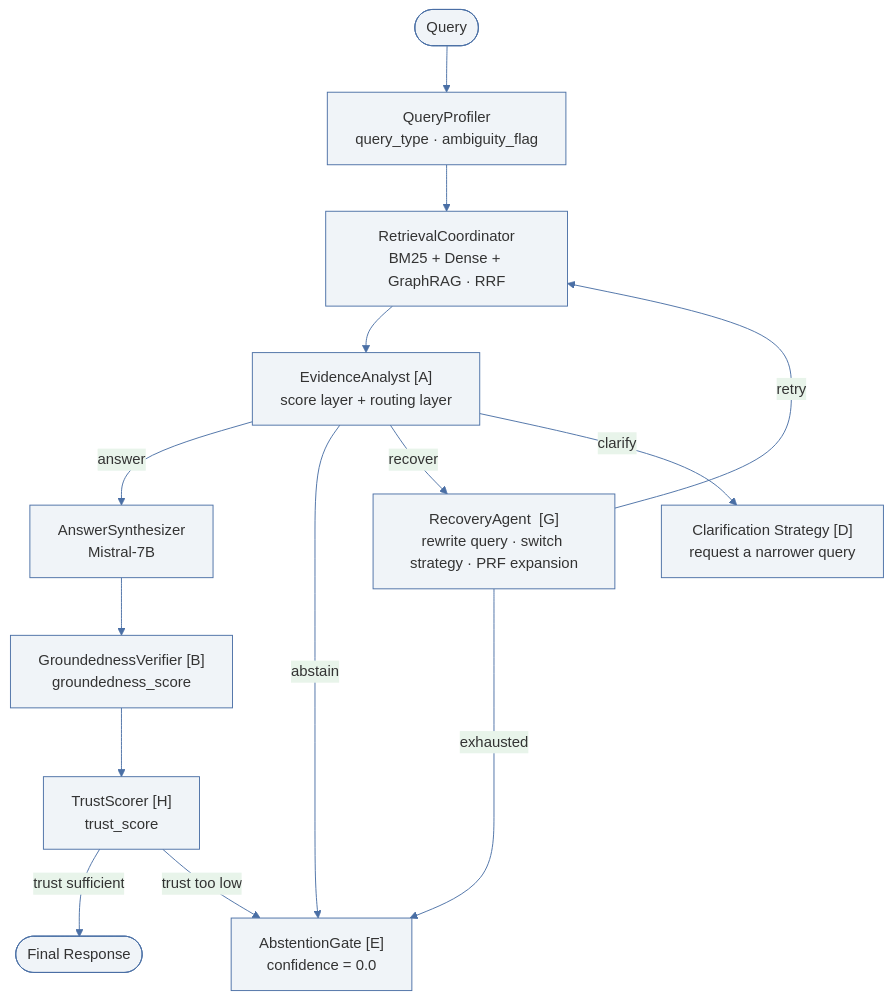
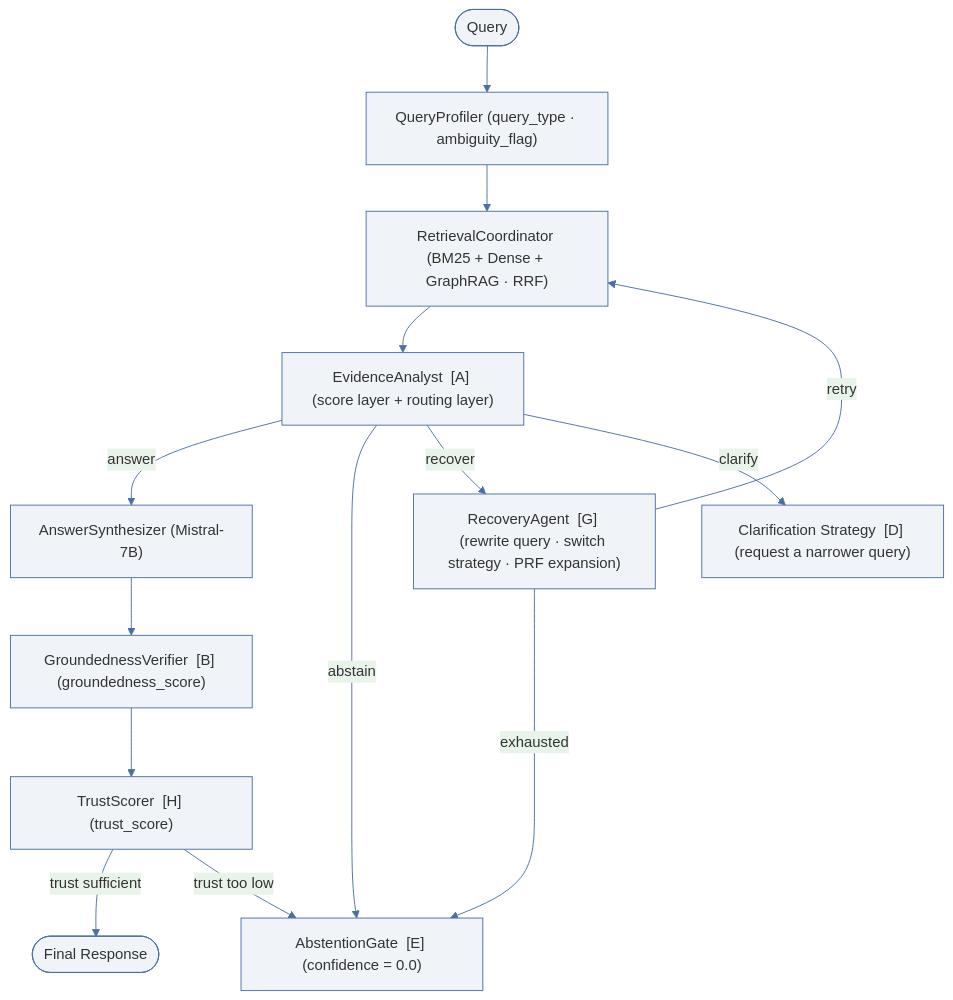
The diagram in report/02_architecture.qmd (dhub100/advanced-genai-rag), drawn with Mermaid before and after one commit. The commit also changed other lines of this file and 1 other file, not shown here.

Commit message:
add: groundness score

````diff
--- a/report/02_architecture.qmd
+++ b/report/02_architecture.qmd
@@ -33,21 +35,21 @@
 ```{mermaid}
 %%{init: {'theme': 'base', 'themeVariables': {'primaryColor': '#f0f4f8', 'primaryBorderColor': '#4a6fa5', 'lineColor': '#4a6fa5', 'secondaryColor': '#e8f4ea', 'tertiaryColor': '#fdf3e3'}}}%%
 flowchart TD
-    Q([Query]) --> QP["QueryProfiler\nquery_type · ambiguity_flag"]
-    QP --> RC["RetrievalCoordinator\nBM25 + Dense + GraphRAG · RRF"]
-    RC --> EA["EvidenceAnalyst  [A]\nscore layer + routing layer"]
+    Q([Query]) --> QP["QueryProfiler (query_type · ambiguity_flag)"]
+    QP --> RC["RetrievalCoordinator (BM25 + Dense + GraphRAG · RRF)"]
+    RC --> EA["EvidenceAnalyst  [A] (score layer + routing layer)"]
 
-    EA -->|answer| SYN["AnswerSynthesizer\nMistral-7B"]
-    EA -->|abstain| AG["AbstentionGate  [E]\nconfidence = 0.0"]
-    EA -->|recover| RA["RecoveryAgent  [G]\nrewrite query · switch strategy · PRF expansion"]
-    EA -->|clarify| CQ["Clarification Strategy  [D]\nrequest a narrower query"]
+    EA -->|answer| SYN["AnswerSynthesizer (Mistral-7B)"]
+    EA -->|abstain| AG["AbstentionGate  [E] (confidence = 0.0)"]
+    EA -->|recover| RA["RecoveryAgent  [G] (rewrite query · switch strategy · PRF expansion)"]
+    EA -->|clarify| CQ["Clarification Strategy  [D] (request a narrower query)"]
 
     RA -->|retry| RC
     RA -->|exhausted| AG
 
-    SYN --> GV["GroundednessVerifier  [B]\ngroundedness_score"]
-    GV --> TS["TrustScorer  [H]\ntrust_score"]
+    SYN --> GV["GroundednessVerifier  [B] (groundedness_score)"]
+    GV --> TS["TrustScorer  [H] (trust_score)"]
 
     TS -->|trust sufficient| FR([Final Response])
     TS -->|trust too low| AG
 ```
````
